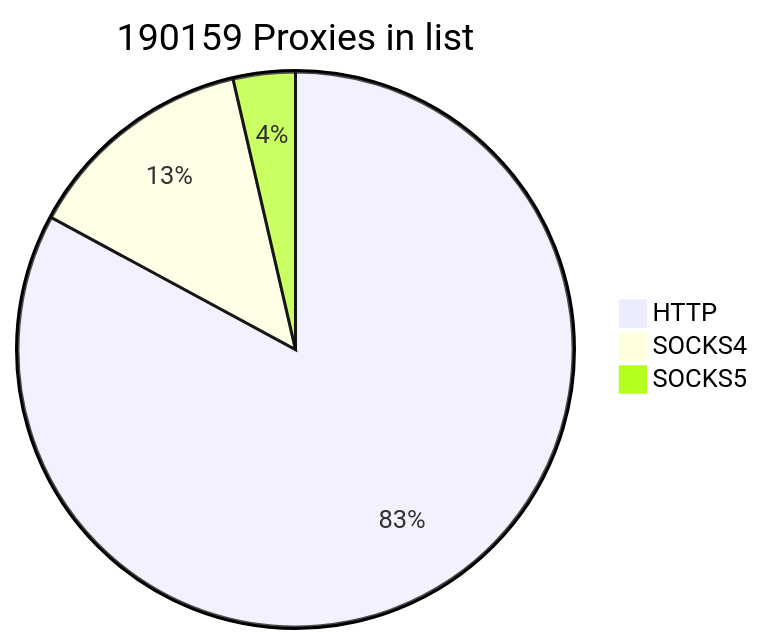
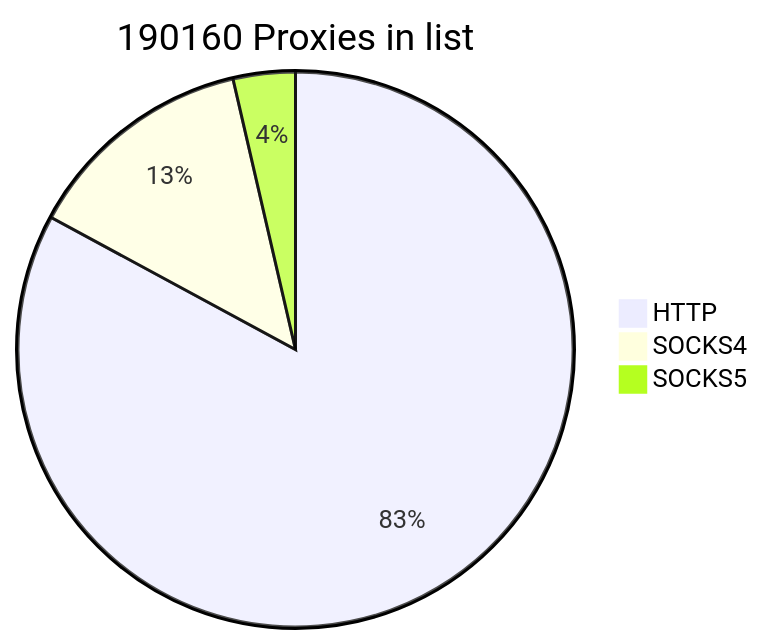
The first of 2 diagrams in README.md (cutipu/proxylist), drawn with Mermaid before and after one commit. The commit also changed other lines of this file, not shown here.

````diff
--- a/README.md
+++ b/README.md
@@ -2,7 +2,7 @@
 ```mermaid
-pie title 190159 Proxies in list
+pie title 190160 Proxies in list
     "HTTP" : 157620
     "SOCKS4" : 25671
-    "SOCKS5" : 6868
+    "SOCKS5" : 6869
             
 ```
````
